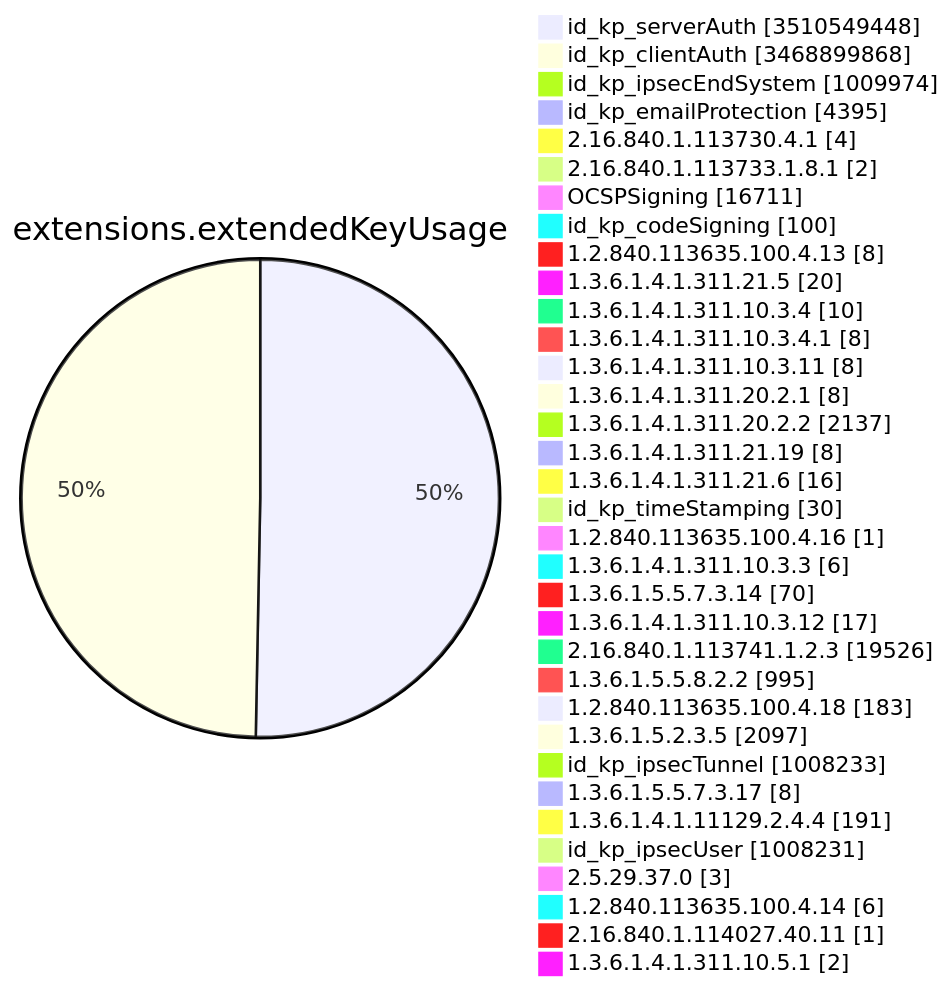
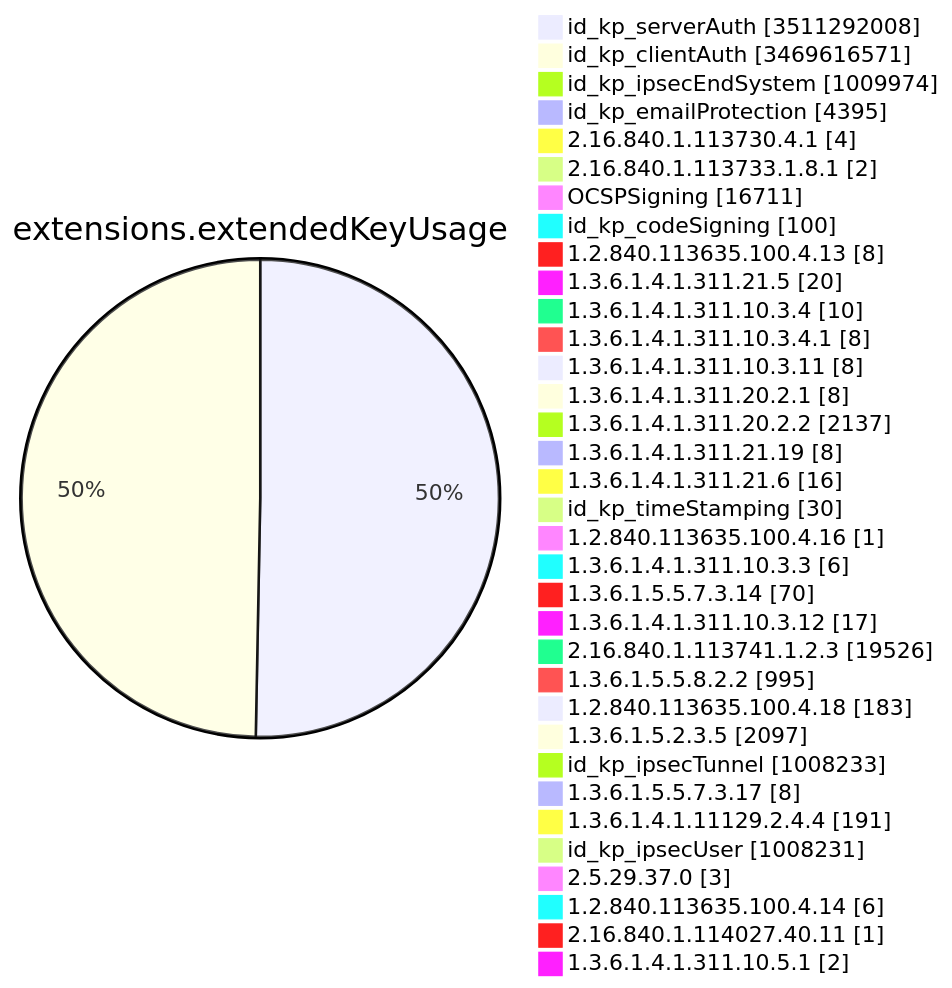
One commit to christiankrug/ctmonitor_visualization changed diagram 11 of 15 in TOTAL/README.md. Above: the diagram before and after it, drawn with Mermaid. The commit also changed other lines of this file, not shown here.

````diff
--- a/TOTAL/README.md
+++ b/TOTAL/README.md
@@ -4126,38 +4126,38 @@
 ```mermaid
 pie showData
 title extensions.extendedKeyUsage
-"id_kp_serverAuth" :3510549448
-"id_kp_clientAuth" :3468899868
+"id_kp_serverAuth" :3511292008
+"id_kp_clientAuth" :3469616571
 "id_kp_ipsecEndSystem" :1009974
 "id_kp_emailProtection" :4395
 "2.16.840.1.113730.4.1" :4
 "2.16.840.1.113733.1.8.1" :2
 "OCSPSigning" :16711
 "id_kp_codeSigning" :100
 "1.2.840.113635.100.4.13" :8
 "1.3.6.1.4.1.311.21.5" :20
 "1.3.6.1.4.1.311.10.3.4" :10
 "1.3.6.1.4.1.311.10.3.4.1" :8
 "1.3.6.1.4.1.311.10.3.11" :8
 "1.3.6.1.4.1.311.20.2.1" :8
 "1.3.6.1.4.1.311.20.2.2" :2137
 "1.3.6.1.4.1.311.21.19" :8
 "1.3.6.1.4.1.311.21.6" :16
 "id_kp_timeStamping" :30
 "1.2.840.113635.100.4.16" :1
 "1.3.6.1.4.1.311.10.3.3" :6
 "1.3.6.1.5.5.7.3.14" :70
 "1.3.6.1.4.1.311.10.3.12" :17
 "2.16.840.1.113741.1.2.3" :19526
 "1.3.6.1.5.5.8.2.2" :995
 "1.2.840.113635.100.4.18" :183
 "1.3.6.1.5.2.3.5" :2097
 "id_kp_ipsecTunnel" :1008233
 "1.3.6.1.5.5.7.3.17" :8
 "1.3.6.1.4.1.11129.2.4.4" :191
 "id_kp_ipsecUser" :1008231
 "2.5.29.37.0" :3
 "1.2.840.113635.100.4.14" :6
 "2.16.840.1.114027.40.11" :1
 "1.3.6.1.4.1.311.10.5.1" :2
 ```
````
